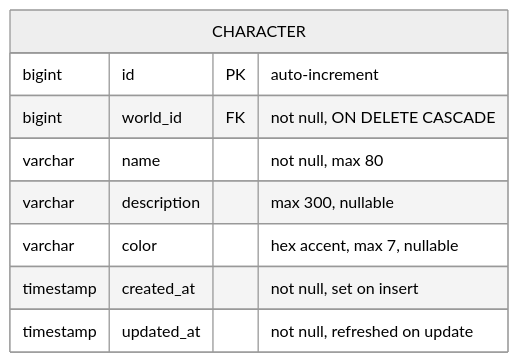
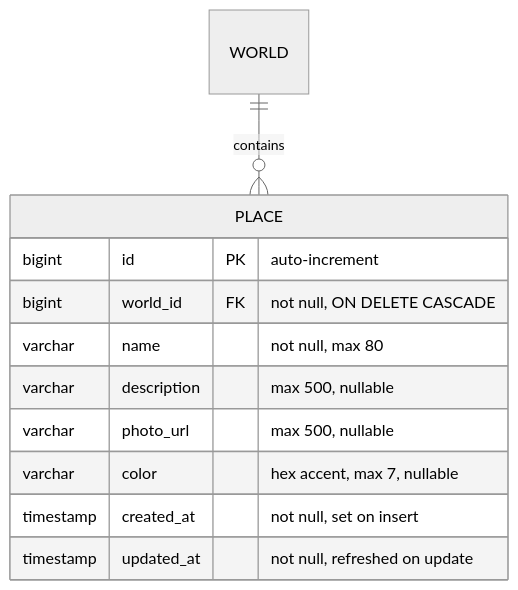
The fourth of 6 diagrams in docs/data-model.md (lirriya/Tvorsvit), drawn with Mermaid (neutral theme) before and after one commit. The commit also changed other lines of this file and 11 other files, not shown here.

````diff
--- a/docs/data-model.md
+++ b/docs/data-model.md
@@ -47,12 +110,14 @@
 ```mermaid
 erDiagram
-    CHARACTER {
+    WORLD ||--o{ PLACE : contains
+    PLACE {
         bigint id PK "auto-increment"
         bigint world_id FK "not null, ON DELETE CASCADE"
         varchar name "not null, max 80"
-        varchar description "max 300, nullable"
+        varchar description "max 500, nullable"
+        varchar photo_url "max 500, nullable"
         varchar color "hex accent, max 7, nullable"
         timestamp created_at "not null, set on insert"
         timestamp updated_at "not null, refreshed on update"
     }
 ```
````
